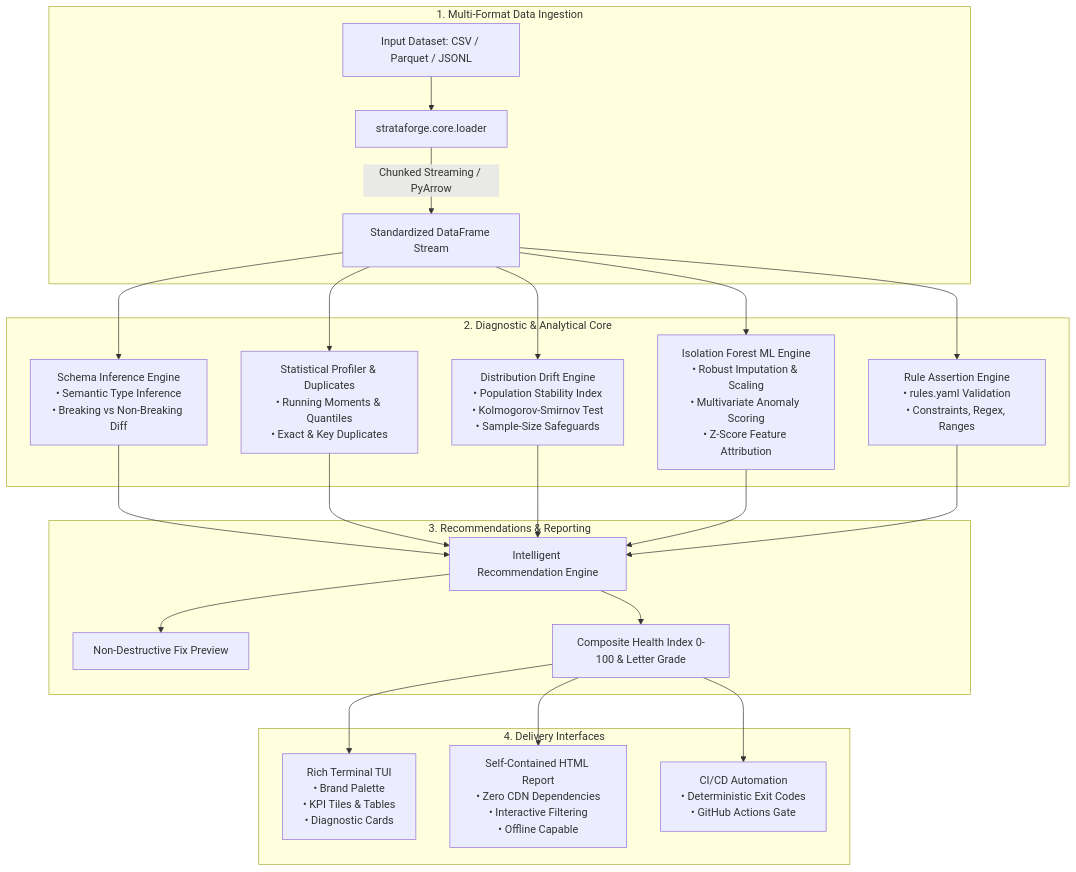
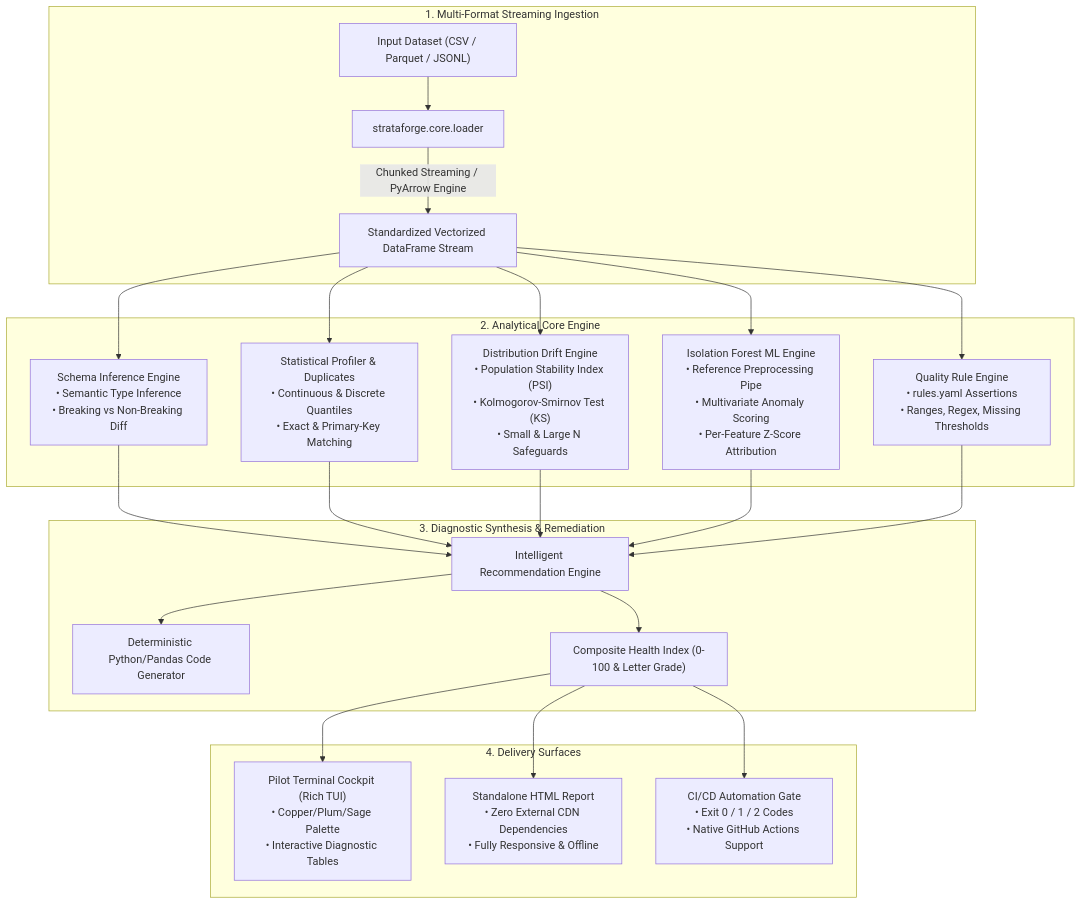
One commit to aliahmed-io/Strataforge-AI changed the diagram in README.md. Above: the diagram before and after it, drawn with Mermaid. The commit also changed other lines of this file and 9 other files, not shown here.

Commit message:
docs(readme): add visual showcase, pilot cockpit screenshot, architecture flow, and complete test suite

````diff
--- a/README.md
+++ b/README.md
@@ -19,27 +45,27 @@
 ```mermaid
 flowchart TD
-    subgraph Ingestion["1. Multi-Format Data Ingestion"]
-        A[Input Dataset: CSV / Parquet / JSONL] --> B[strataforge.core.loader]
-        B -->|Chunked Streaming / PyArrow| C[Standardized DataFrame Stream]
+    subgraph Ingestion["1. Multi-Format Streaming Ingestion"]
+        A["Input Dataset (CSV / Parquet / JSONL)"] --> B["strataforge.core.loader"]
+        B -->|"Chunked Streaming / PyArrow Engine"| C["Standardized Vectorized DataFrame Stream"]
     end
 
-    subgraph AnalyticalEngine["2. Diagnostic & Analytical Core"]
-        C --> D[Schema Inference Engine<br/>• Semantic Type Inference<br/>• Breaking vs Non-Breaking Diff]
-        C --> E[Statistical Profiler & Duplicates<br/>• Running Moments & Quantiles<br/>• Exact & Key Duplicates]
-        C --> F[Distribution Drift Engine<br/>• Population Stability Index<br/>• Kolmogorov-Smirnov Test<br/>• Sample-Size Safeguards]
-        C --> G[Isolation Forest ML Engine<br/>• Robust Imputation & Scaling<br/>• Multivariate Anomaly Scoring<br/>• Z-Score Feature Attribution]
-        C --> H[Rule Assertion Engine<br/>• rules.yaml Validation<br/>• Constraints, Regex, Ranges]
+    subgraph CoreEngine["2. Analytical Core Engine"]
+        C --> D["Schema Inference Engine<br/>• Semantic Type Inference<br/>• Breaking vs Non-Breaking Diff"]
+        C --> E["Statistical Profiler & Duplicates<br/>• Continuous & Discrete Quantiles<br/>• Exact & Primary-Key Matching"]
+        C --> F["Distribution Drift Engine<br/>• Population Stability Index (PSI)<br/>• Kolmogorov-Smirnov Test (KS)<br/>• Small & Large N Safeguards"]
+        C --> G["Isolation Forest ML Engine<br/>• Reference Preprocessing Pipe<br/>• Multivariate Anomaly Scoring<br/>• Per-Feature Z-Score Attribution"]
+        C --> H["Quality Rule Engine<br/>• rules.yaml Assertions<br/>• Ranges, Regex, Missing Thresholds"]
     end
 
-    subgraph Remediation["3. Recommendations & Reporting"]
-        D & E & F & G & H --> I[Intelligent Recommendation Engine]
-        I --> J[Non-Destructive Fix Preview]
-        I --> K[Composite Health Index 0-100 & Letter Grade]
+    subgraph Remediation["3. Diagnostic Synthesis & Remediation"]
+        D & E & F & G & H --> I["Intelligent Recommendation Engine"]
+        I --> J["Deterministic Python/Pandas Code Generator"]
+        I --> K["Composite Health Index (0-100 & Letter Grade)"]
     end
 
-    subgraph Delivery["4. Delivery Interfaces"]
-        K --> L[Rich Terminal TUI<br/>• Brand Palette<br/>• KPI Tiles & Tables<br/>• Diagnostic Cards]
-        K --> M[Self-Contained HTML Report<br/>• Zero CDN Dependencies<br/>• Interactive Filtering<br/>• Offline Capable]
-        K --> N[CI/CD Automation<br/>• Deterministic Exit Codes<br/>• GitHub Actions Gate]
+    subgraph Delivery["4. Delivery Surfaces"]
+        K --> L["Pilot Terminal Cockpit (Rich TUI)<br/>• Copper/Plum/Sage Palette<br/>• Interactive Diagnostic Tables"]
+        K --> M["Standalone HTML Report<br/>• Zero External CDN Dependencies<br/>• Fully Responsive & Offline"]
+        K --> N["CI/CD Automation Gate<br/>• Exit 0 / 1 / 2 Codes<br/>• Native GitHub Actions Support"]
     end
 ```
````
